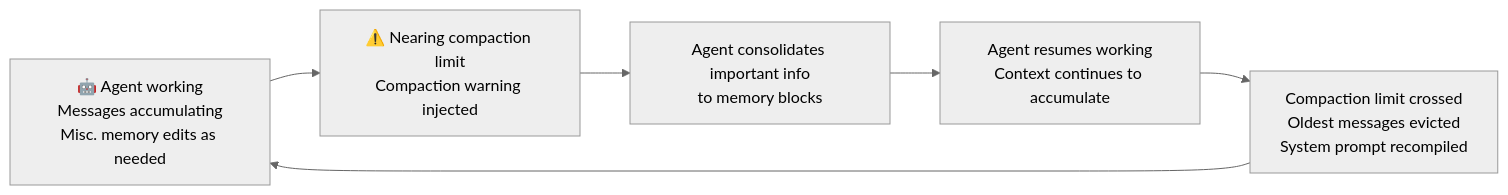
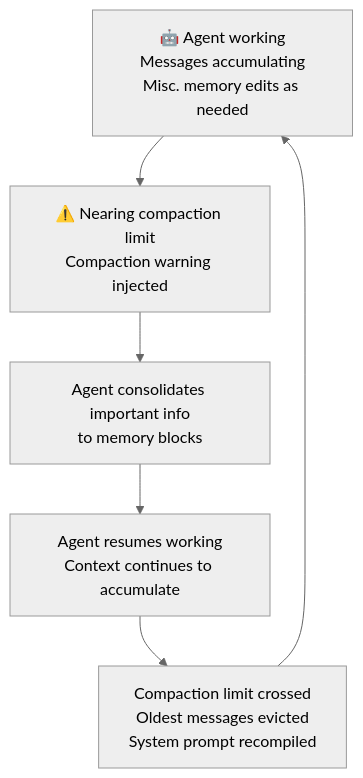
The diagram in README.md (jf-ai/Agent-Home), drawn with Mermaid (neutral theme) before and after one commit.

Commit message:
Back to TB, github is being painful.

````diff
--- a/README.md
+++ b/README.md
@@ -70,9 +70,9 @@
 ```mermaid
-flowchart LR
+flowchart TB
     A["🤖 Agent working\nMessages accumulating\nMisc. memory edits as needed"]
     --> B["⚠️ Nearing compaction limit\nCompaction warning injected"]
     --> C["Agent consolidates important info\nto memory blocks"]
     --> D["Agent resumes working\nContext continues to accumulate"]
     --> E["Compaction limit crossed\nOldest messages evicted\nSystem prompt recompiled"]
     --> A
 ```
````
